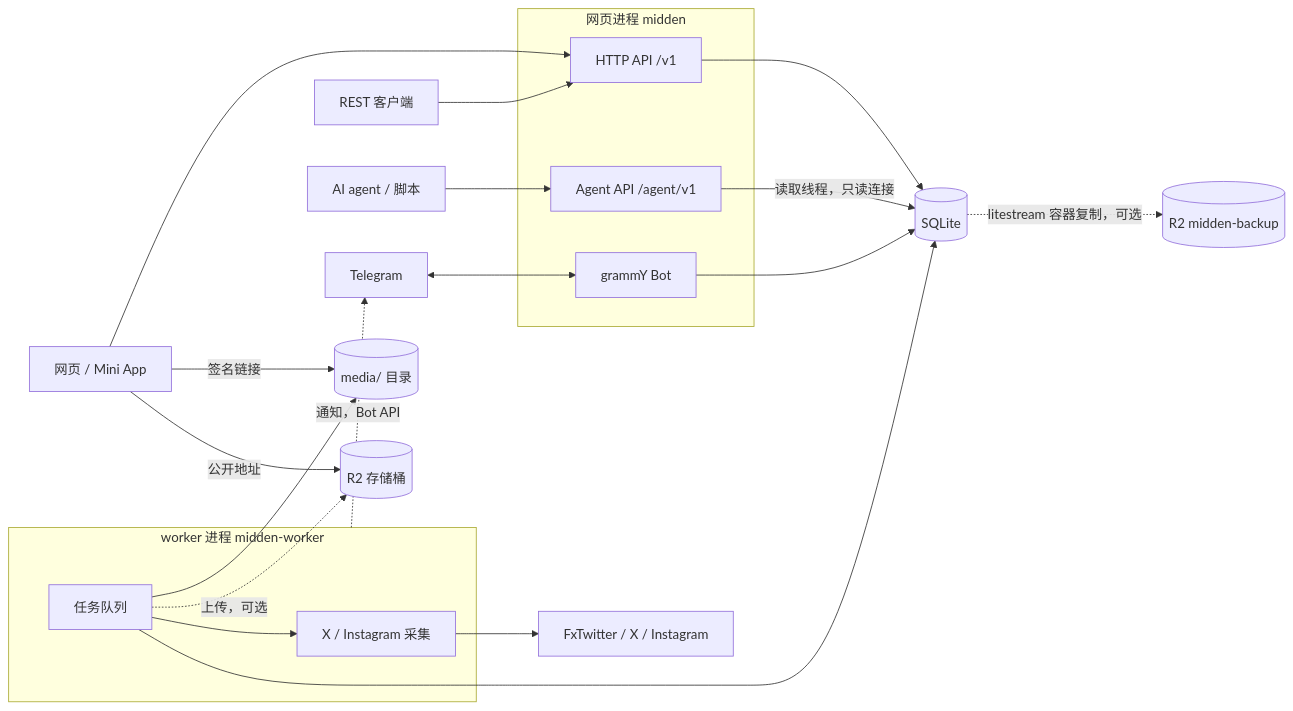
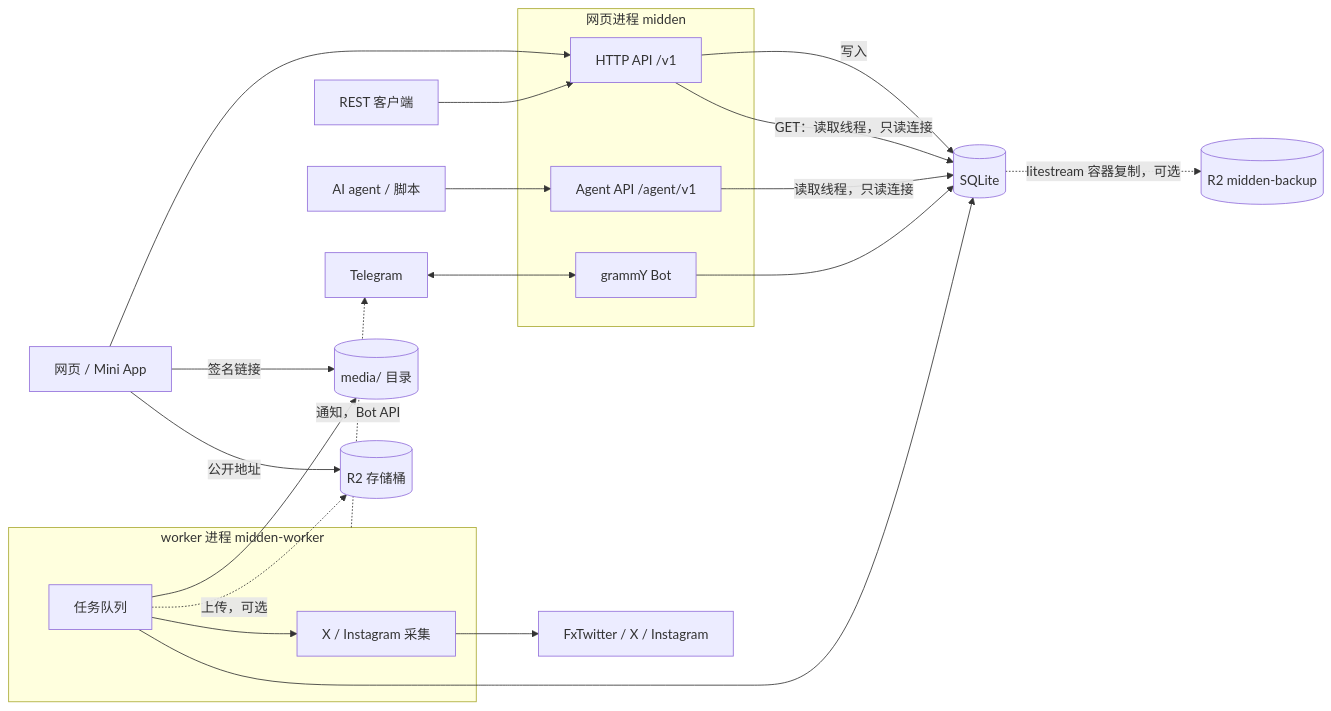
Before and after one commit to sxzz/midden: the diagram in docs/architecture.md, drawn with Mermaid. The commit also changed other lines of this file, not shown here.

Commit message:
docs: GET /v1 on the read threads by default and inline for the rest, the shared pool's lanes, the finished records the threads keep, and library_version

````diff
--- a/docs/architecture.md
+++ b/docs/architecture.md
@@ -5,28 +5,29 @@
 ```mermaid
 flowchart LR
     TG[Telegram] <--> Bot
     Web[网页 / Mini App] --> API
     Script[REST 客户端] --> API
     Agent[AI agent / 脚本] --> AgentAPI
     subgraph WebProcess[网页进程 midden]
         API[HTTP API /v1]
         AgentAPI[Agent API /agent/v1]
         Bot[grammY Bot]
     end
     subgraph Worker[worker 进程 midden-worker]
         Queue[任务队列]
         Platforms[X / Instagram 采集]
     end
-    API --> DB[(SQLite)]
+    API -->|写入| DB[(SQLite)]
+    API -->|GET：读取线程，只读连接| DB
     AgentAPI -->|读取线程，只读连接| DB
     Bot --> DB
     Queue --> DB
     Worker -.->|通知，Bot API| TG
     Queue --> Platforms
     Platforms --> Upstream[FxTwitter / X / Instagram]
     Queue --> Media[(media/ 目录)]
     Queue -.->|上传，可选| R2[(R2 存储桶)]
     Web -->|签名链接| Media
     Web -->|公开地址| R2
     DB -.->|litestream 容器复制，可选| Backup[(R2 midden-backup)]
 ```
````
